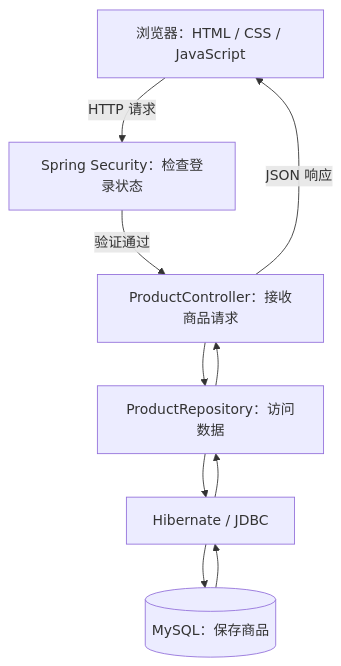
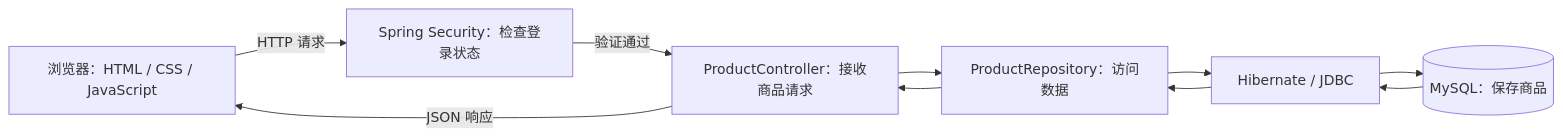
The diagram in README.md (saber-lab-ux/community), drawn with Mermaid before and after one commit.

Commit message:
docs: use horizontal architecture diagram

````diff
--- a/README.md
+++ b/README.md
@@ -32,19 +32,19 @@
 ```mermaid
-flowchart TD
+flowchart LR
     A["浏览器：HTML / CSS / JavaScript"]
     B["Spring Security：检查登录状态"]
     C["ProductController：接收商品请求"]
     D["ProductRepository：访问数据"]
     E["Hibernate / JDBC"]
     F[("MySQL：保存商品")]
 
     A -->|HTTP 请求| B
     B -->|验证通过| C
     C --> D
     D --> E
     E --> F
     F --> E
     E --> D
     D --> C
     C -->|JSON 响应| A
 ```
````
